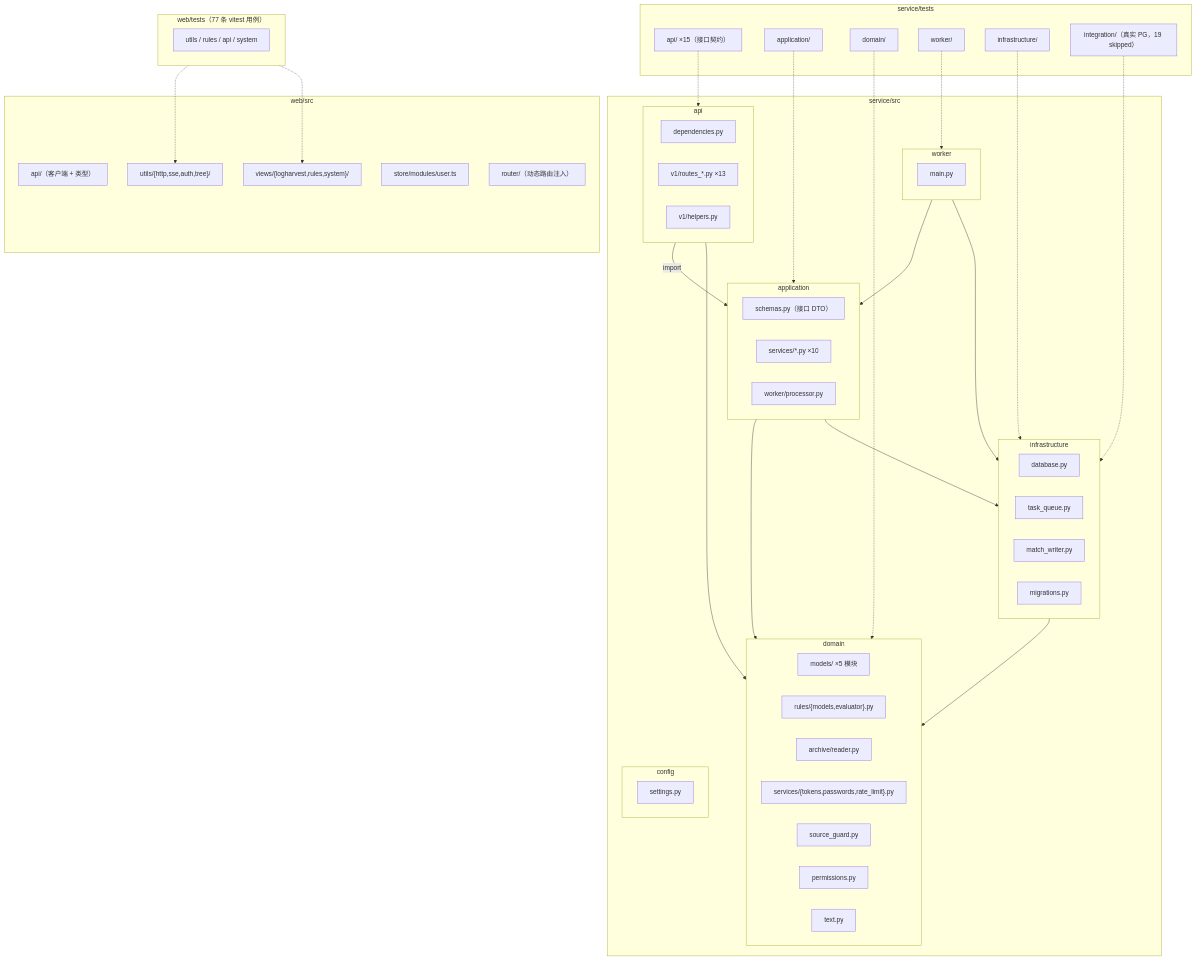
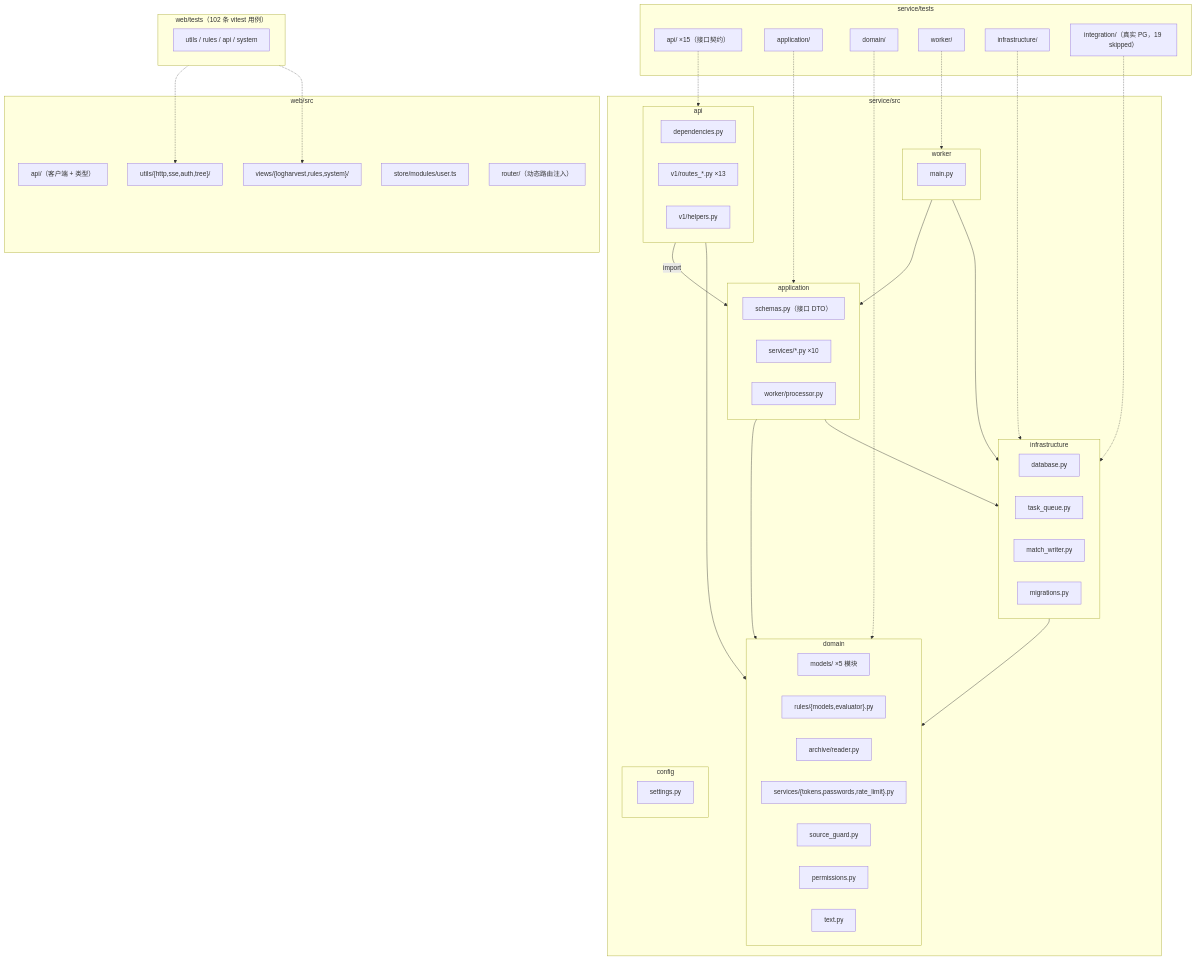
The third of 7 diagrams in docs/architecture-4plus1.md (taoweidong/logharvest), drawn with Mermaid before and after one commit. The commit also changed other lines of this file and 6 other files, not shown here.

````diff
--- a/docs/architecture-4plus1.md
+++ b/docs/architecture-4plus1.md
@@ -218,73 +218,73 @@
 ```mermaid
 flowchart TB
     subgraph SRC["service/src"]
         subgraph APIPKG["api"]
             apiDeps["dependencies.py"]
             apiRoutes["v1/routes_*.py ×13"]
             apiHelpers["v1/helpers.py"]
         end
         subgraph APPPKG["application"]
             appSchemas["schemas.py（接口 DTO）"]
             appServices["services/*.py ×10"]
             appProc["worker/processor.py"]
         end
         subgraph DOMPKG["domain"]
             domModels["models/ ×5 模块"]
             domRules["rules/{models,evaluator}.py"]
             domArchive["archive/reader.py"]
             domServices["services/{tokens,passwords,rate_limit}.py"]
             domGuard["source_guard.py"]
             domPerms["permissions.py"]
             domText["text.py"]
         end
         subgraph INFRA["infrastructure"]
             infraDB["database.py"]
             infraQueue["task_queue.py"]
             infraWriter["match_writer.py"]
             infraMigr["migrations.py"]
         end
         subgraph WKPKG["worker"]
             wkMain["main.py"]
         end
         subgraph CFG["config"]
             cfgSettings["settings.py"]
         end
     end
 
     subgraph STESTS["service/tests"]
         tApi["api/ ×15（接口契约）"]
         tApp["application/"]
         tDomain["domain/"]
         tWorker["worker/"]
         tInfra["infrastructure/"]
         tInteg["integration/（真实 PG，19 skipped）"]
     end
 
     subgraph WSRC["web/src"]
         wApi["api/（客户端 + 类型）"]
         wViews["views/{logharvest,rules,system}/"]
         wUtils["utils/{http,sse,auth,tree}/"]
         wStore["store/modules/user.ts"]
         wRouter["router/（动态路由注入）"]
     end
 
-    subgraph WTESTS["web/tests（77 条 vitest 用例）"]
+    subgraph WTESTS["web/tests（102 条 vitest 用例）"]
         wTests["utils / rules / api / system"]
     end
 
     APIPKG -->|"import"| APPPKG
     APPPKG --> DOMPKG
     WKPKG --> APPPKG
     APIPKG --> DOMPKG
     APPPKG --> INFRA
     WKPKG --> INFRA
     INFRA --> DOMPKG
     tApi -.-> APIPKG
     tApp -.-> APPPKG
     tDomain -.-> DOMPKG
     tWorker -.-> WKPKG
     tInfra -.-> INFRA
     tInteg -.-> INFRA
     WTESTS -.-> wUtils
     WTESTS -.-> wViews
 ```
````
